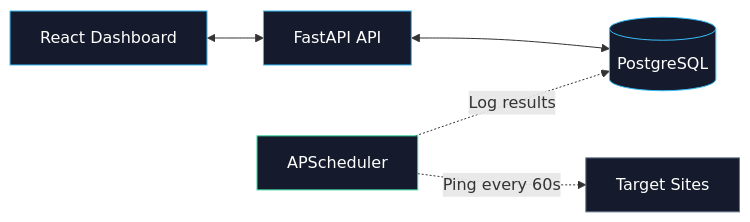
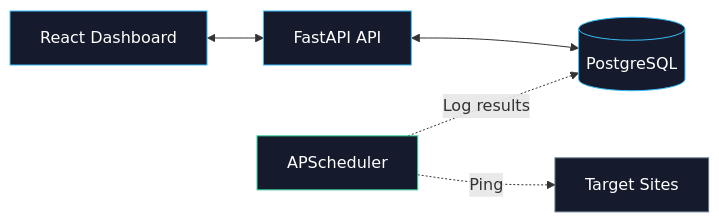
One commit to Nishchalpr4/UpTime-Moniter changed the first of 4 diagrams in README.md. Above: the diagram before and after it, drawn with Mermaid. The commit also changed other lines of this file, not shown here.

````diff
--- a/README.md
+++ b/README.md
@@ -50,13 +59,13 @@
 ```mermaid
 graph LR
     UI[React Dashboard] <--> API[FastAPI API]
     API <--> DB[(PostgreSQL)]
-    Scheduler[APScheduler] -.->|Ping every 60s| Websites[Target Sites]
+    Scheduler[APScheduler] -.->|Ping| Websites[Target Sites]
     Scheduler -.->|Log results| DB
 
     style UI fill:#151b2c,stroke:#38bdf8,color:#fff
     style API fill:#151b2c,stroke:#38bdf8,color:#fff
     style DB fill:#151b2c,stroke:#38bdf8,color:#fff
     style Scheduler fill:#151b2c,stroke:#34d399,color:#fff
     style Websites fill:#151b2c,stroke:#64748b,color:#fff
 ```
````
